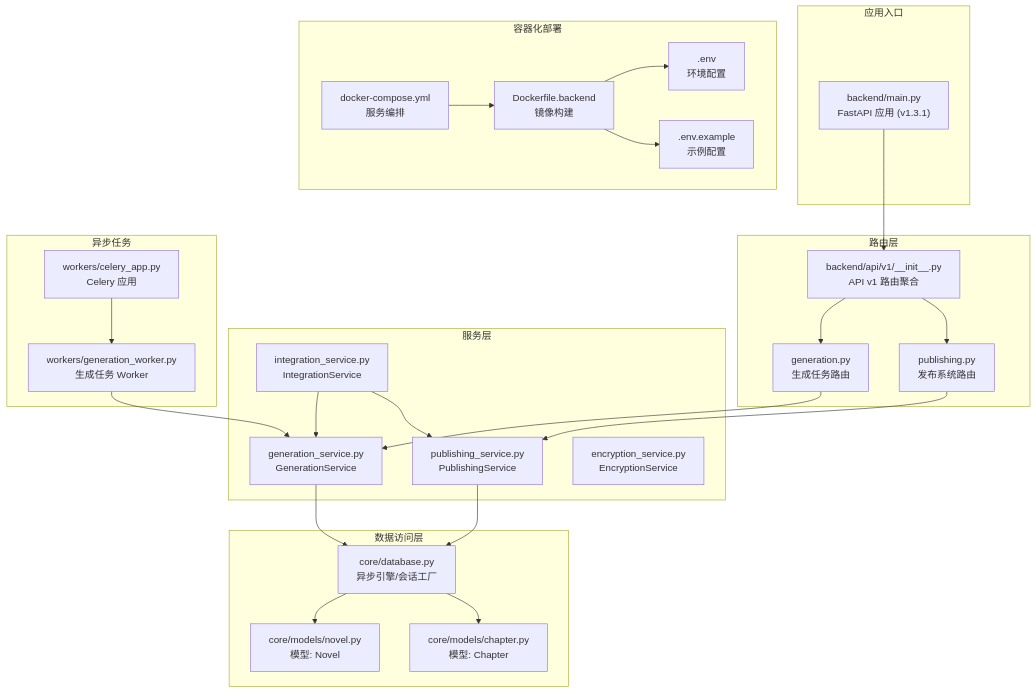
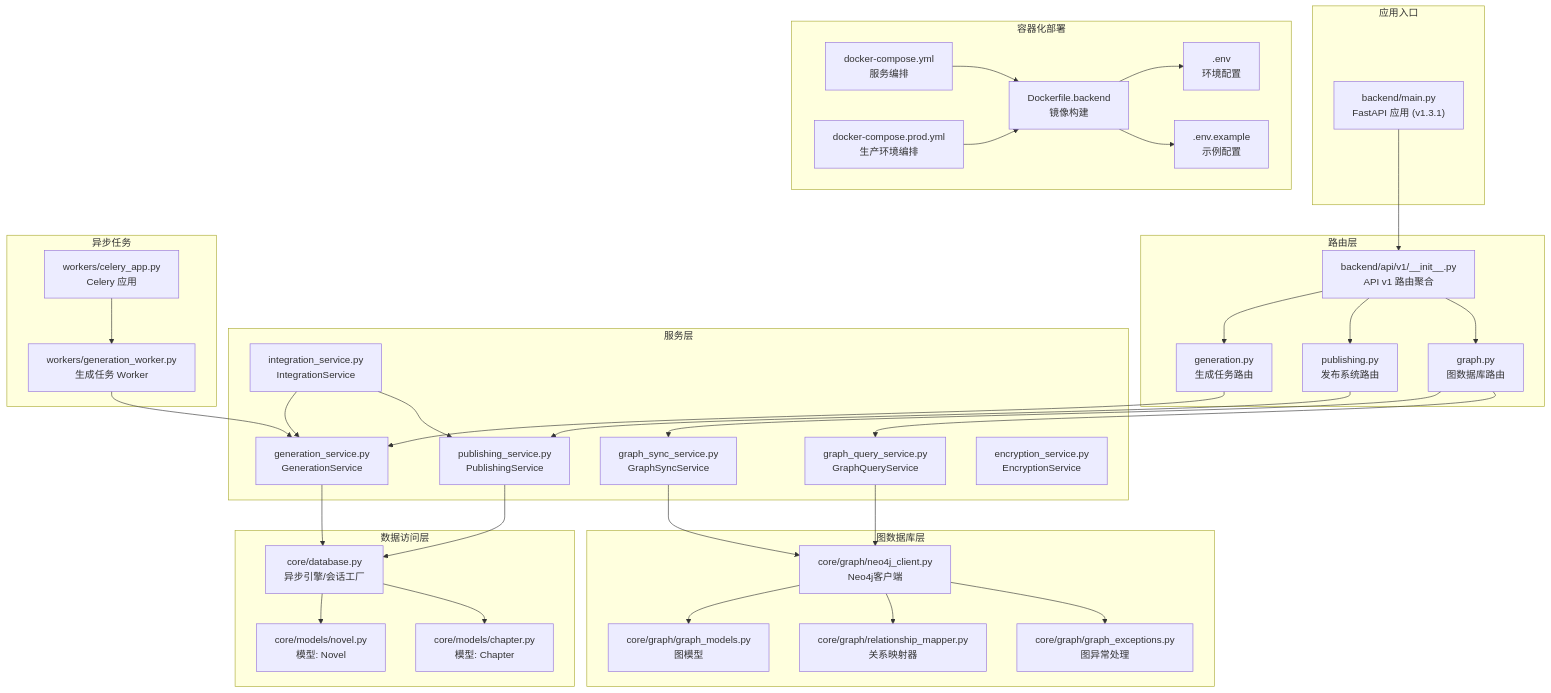
The first of 13 diagrams in .qoder/repowiki/zh/content/后端架构/后端架构.md (xfbyxq/ai-novel-system), drawn with Mermaid before and after one commit. The commit also changed other lines of this file and 19 other files, not shown here.

First line of the commit message:
feat(graph): 新增图数据库完整支持与AI聊天集成

````diff
--- a/.qoder/repowiki/zh/content/后端架构/后端架构.md
+++ b/.qoder/repowiki/zh/content/后端架构/后端架构.md
@@ -57,48 +68,67 @@
 ```mermaid
 graph TB
 subgraph "应用入口"
 M["backend/main.py<br/>FastAPI 应用 (v1.3.1)"]
 end
 subgraph "路由层"
 R["backend/api/v1/__init__.py<br/>API v1 路由聚合"]
 G["generation.py<br/>生成任务路由"]
 P["publishing.py<br/>发布系统路由"]
+GR["graph.py<br/>图数据库路由"]
 end
 subgraph "服务层"
 SGen["generation_service.py<br/>GenerationService"]
 SPub["publishing_service.py<br/>PublishingService"]
 SInt["integration_service.py<br/>IntegrationService"]
+SGraphSync["graph_sync_service.py<br/>GraphSyncService"]
+SGraphQuery["graph_query_service.py<br/>GraphQueryService"]
 SEnc["encryption_service.py<br/>EncryptionService"]
 end
 subgraph "数据访问层"
 DB["core/database.py<br/>异步引擎/会话工厂"]
 MDN["core/models/novel.py<br/>模型: Novel"]
 MDC["core/models/chapter.py<br/>模型: Chapter"]
 end
+subgraph "图数据库层"
+NG["core/graph/neo4j_client.py<br/>Neo4j客户端"]
+GM["core/graph/graph_models.py<br/>图模型"]
+RM["core/graph/relationship_mapper.py<br/>关系映射器"]
+GE["core/graph/graph_exceptions.py<br/>图异常处理"]
+end
 subgraph "异步任务"
 CA["workers/celery_app.py<br/>Celery 应用"]
 CW["workers/generation_worker.py<br/>生成任务 Worker"]
 end
 subgraph "容器化部署"
 DC["docker-compose.yml<br/>服务编排"]
+DCP["docker-compose.prod.yml<br/>生产环境编排"]
 DF["Dockerfile.backend<br/>镜像构建"]
 ENV[".env<br/>环境配置"]
 ENVS[".env.example<br/>示例配置"]
 end
 M --> R
 R --> G
 R --> P
+R --> GR
 G --> SGen
 P --> SPub
+GR --> SGraphSync
+GR --> SGraphQuery
 SInt --> SGen
 SInt --> SPub
 SGen --> DB
 SPub --> DB
+SGraphSync --> NG
+SGraphQuery --> NG
+NG --> GM
+NG --> RM
+NG --> GE
 DB --> MDN
 DB --> MDC
 CA --> CW
 CW --> SGen
 DC --> DF
+DCP --> DF
 DF --> ENV
 DF --> ENVS
 ```
````
